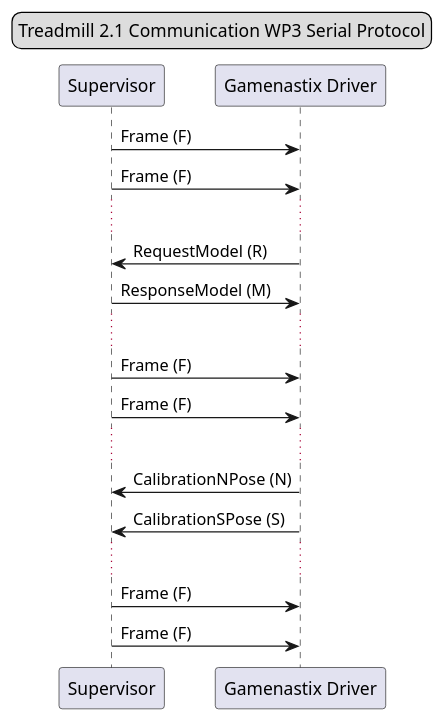
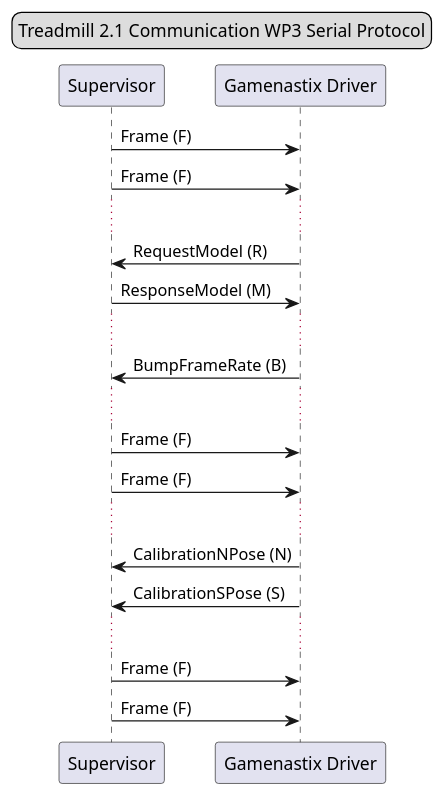
Before and after one commit to discowtmh/gamenastix-protocol: the diagram in docs/protocol.puml, drawn with PlantUML. The commit also changed 1 other file, not shown here.

Commit message:
update diagrams with BumpFrameRate

```diff
--- a/docs/protocol.puml
+++ b/docs/protocol.puml
@@ -1,25 +1,27 @@
 @startuml
 
 legend top center
 Treadmill 2.1 Communication WP3 Serial Protocol
 end legend
 
 participant "Supervisor" as SUPERVISOR
 participant "Gamenastix Driver" as DRIVER
 
 SUPERVISOR -> DRIVER: Frame (F)
 SUPERVISOR -> DRIVER: Frame (F)
 ...
 DRIVER -> SUPERVISOR: RequestModel (R)
 SUPERVISOR -> DRIVER: ResponseModel (M)
 ...
+DRIVER -> SUPERVISOR: BumpFrameRate (B)
+...
 SUPERVISOR -> DRIVER: Frame (F)
 SUPERVISOR -> DRIVER: Frame (F)
 ...
 DRIVER -> SUPERVISOR: CalibrationNPose (N)
 DRIVER -> SUPERVISOR: CalibrationSPose (S)
 ...
 SUPERVISOR -> DRIVER: Frame (F)
 SUPERVISOR -> DRIVER: Frame (F)
 
 @enduml
```
